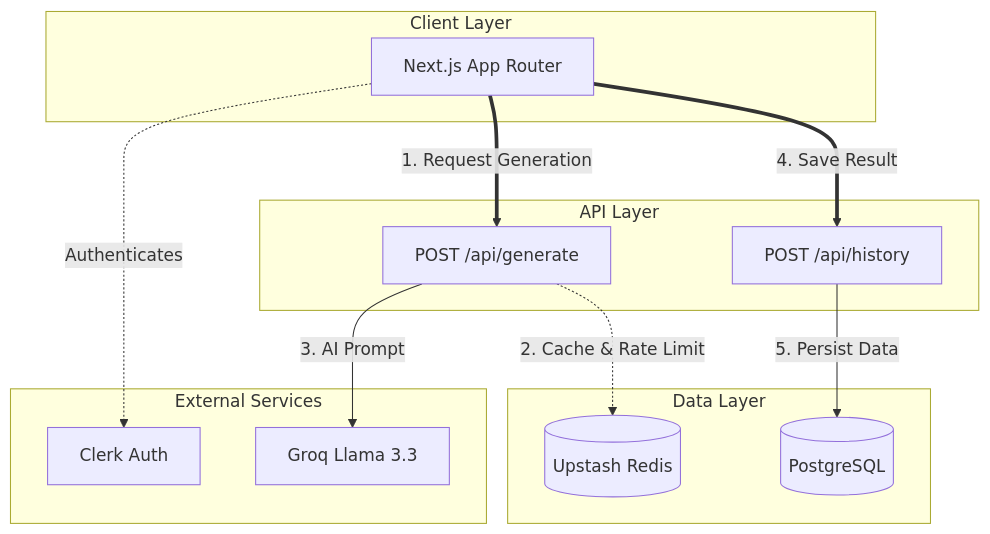
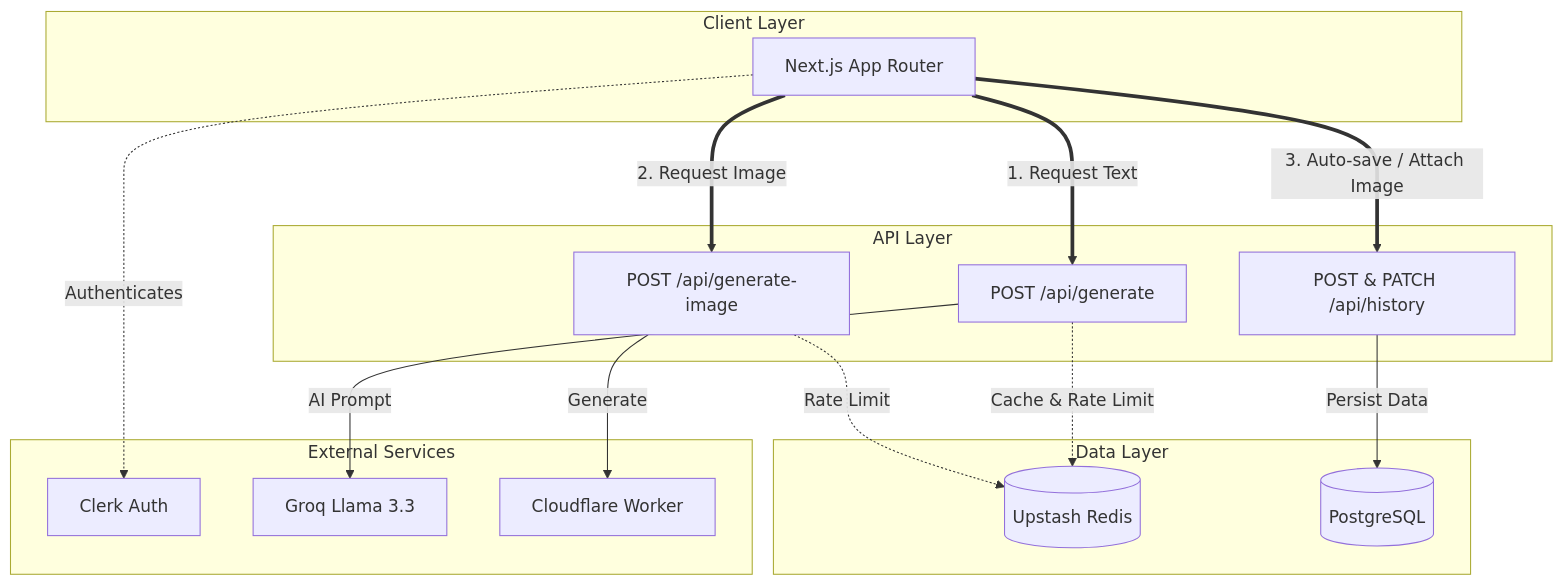
Before and after one commit to FayssalSabri/LinkedInGenerator: the diagram in README.md, drawn with Mermaid. The commit also changed other lines of this file and 7 other files, not shown here.

Commit message:
feat: integrate Cloudflare Workers AI for image generation and update documentation accordingly

````diff
--- a/README.md
+++ b/README.md
@@ -46,30 +48,36 @@
 ```mermaid
 flowchart TD
     subgraph Frontend [Client Layer]
         Client[Next.js App Router]
     end
 
     subgraph API [API Layer]
         GenAPI[POST /api/generate]
-        HistAPI[POST /api/history]
+        ImgAPI[POST /api/generate-image]
+        HistAPI[POST & PATCH /api/history]
     end
 
     subgraph External [External Services]
         Clerk[Clerk Auth]
         Groq[Groq Llama 3.3]
+        CF[Cloudflare Worker]
     end
 
     subgraph Data [Data Layer]
         Redis[(Upstash Redis)]
         DB[(PostgreSQL)]
     end
 
     Client -.->|Authenticates| Clerk
-    Client ==>|1. Request Generation| GenAPI
 
-    GenAPI -.->|2. Cache & Rate Limit| Redis
-    GenAPI -->|3. AI Prompt| Groq
+    Client ==>|1. Request Text| GenAPI
+    GenAPI -.->|Cache & Rate Limit| Redis
+    GenAPI -->|AI Prompt| Groq
 
-    Client ==>|4. Save Result| HistAPI
-    HistAPI -->|5. Persist Data| DB
+    Client ==>|2. Request Image| ImgAPI
+    ImgAPI -.->|Rate Limit| Redis
+    ImgAPI -->|Generate| CF
+
+    Client ==>|3. Auto-save / Attach Image| HistAPI
+    HistAPI -->|Persist Data| DB
 ```
````
